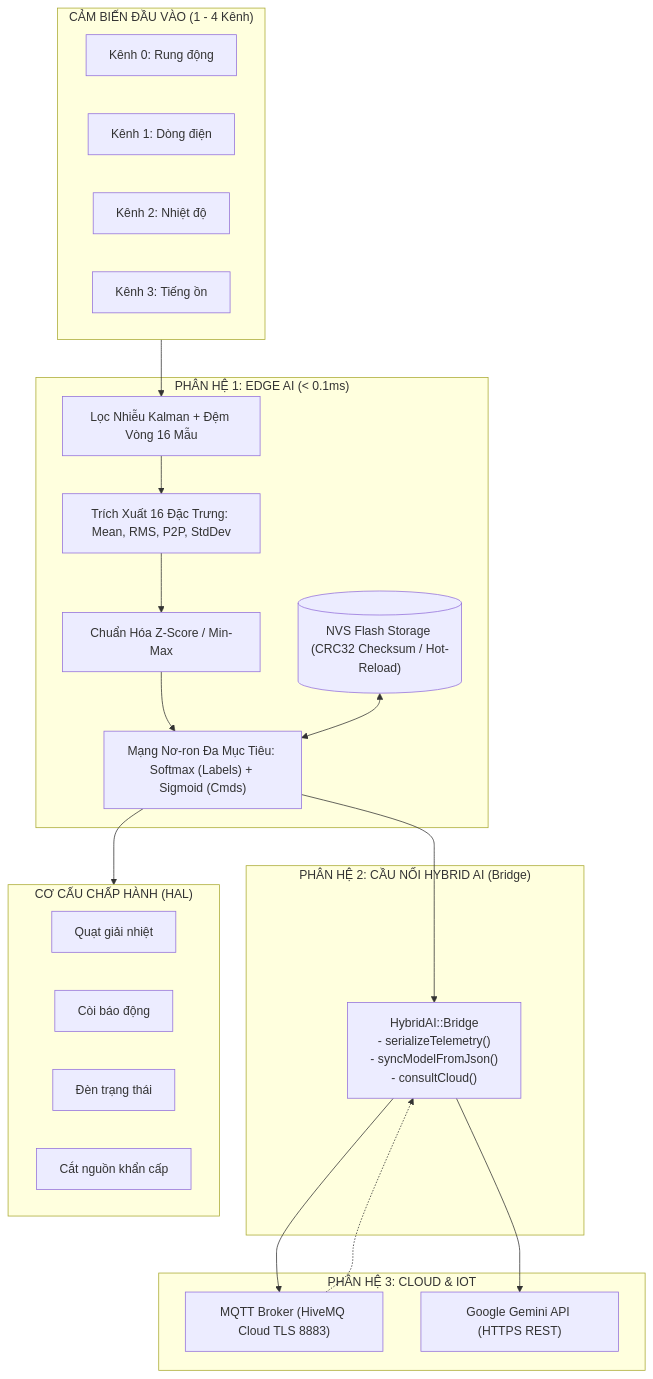
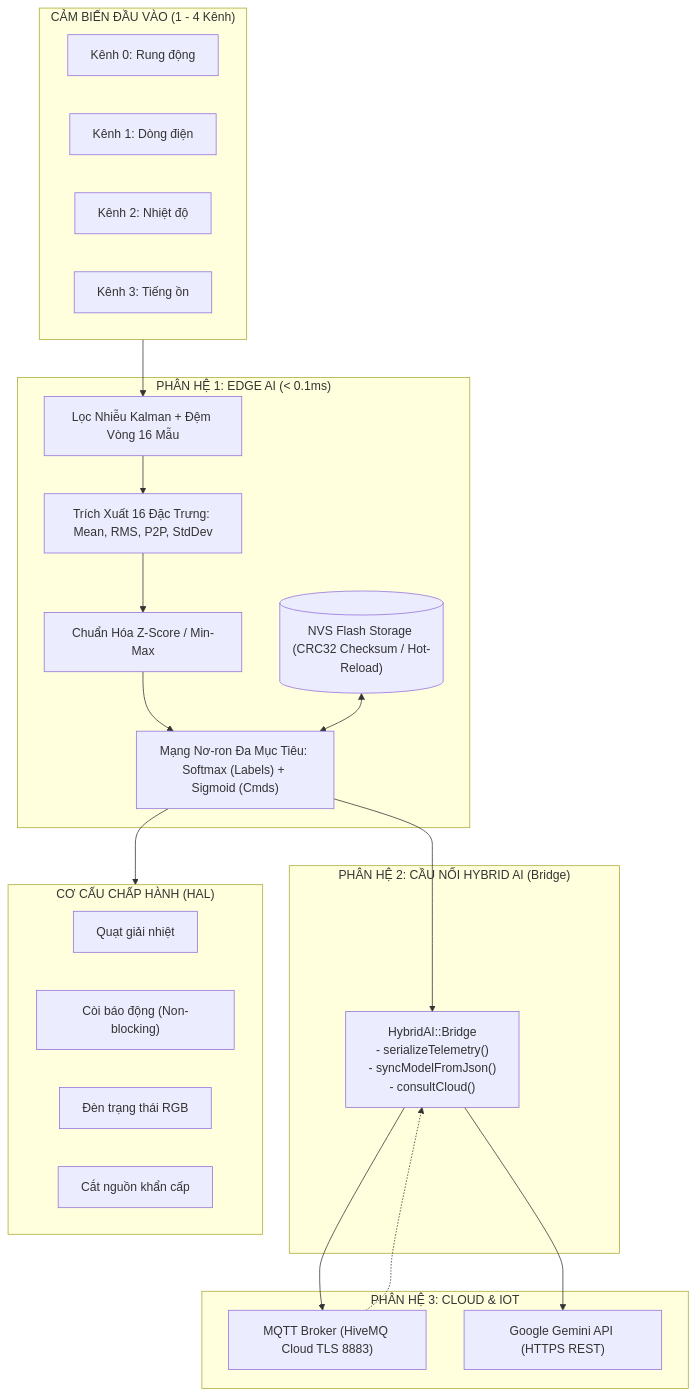
One commit to ThangNguyen2106-dash/AIoT_DEVERLOPMENT changed the diagram in README.md. Above: the diagram before and after it, drawn with Mermaid. The commit also changed other lines of this file and 2 other files, not shown here.

Commit message:
docs: synchronize HYBRID_AI_V2_ARCHITECTURE and README with latest library architecture

````diff
--- a/README.md
+++ b/README.md
@@ -47,42 +50,42 @@
 ```mermaid
 flowchart TD
     subgraph SENSORS["CẢM BIẾN ĐẦU VÀO (1 - 4 Kênh)"]
         S0["Kênh 0: Rung động"]
         S1["Kênh 1: Dòng điện"]
         S2["Kênh 2: Nhiệt độ"]
         S3["Kênh 3: Tiếng ồn"]
     end
 
     subgraph EDGE_AI["PHÂN HỆ 1: EDGE AI (< 0.1ms)"]
         Pre["Lọc Nhiễu Kalman + Đệm Vòng 16 Mẫu"]
         Feat["Trích Xuất 16 Đặc Trưng: Mean, RMS, P2P, StdDev"]
         Norm["Chuẩn Hóa Z-Score / Min-Max"]
         Engine["Mạng Nơ-ron Đa Mục Tiêu: Softmax (Labels) + Sigmoid (Cmds)"]
         NVS[("NVS Flash Storage (CRC32 Checksum / Hot-Reload)")]
         Pre --> Feat --> Norm --> Engine
         NVS <--> Engine
     end
 
     subgraph HYBRID_AI["PHÂN HỆ 2: CẦU NỐI HYBRID AI (Bridge)"]
         Bridge["HybridAI::Bridge<br/>- serializeTelemetry()<br/>- syncModelFromJson()<br/>- consultCloud()"]
     end
 
     subgraph CLOUD["PHÂN HỆ 3: CLOUD & IOT"]
         Broker["MQTT Broker (HiveMQ Cloud TLS 8883)"]
         Gemini["Google Gemini API (HTTPS REST)"]
     end
 
     subgraph ACTUATORS["CƠ CẤU CHẤP HÀNH (HAL)"]
         R0["Quạt giải nhiệt"]
-        R1["Còi báo động"]
-        R2["Đèn trạng thái"]
+        R1["Còi báo động (Non-blocking)"]
+        R2["Đèn trạng thái RGB"]
         R3["Cắt nguồn khẩn cấp"]
     end
 
     SENSORS --> Pre
     Engine --> ACTUATORS
     Engine --> Bridge
     Bridge --> Broker
     Bridge --> Gemini
     Broker -.-> Bridge
 ```
````
